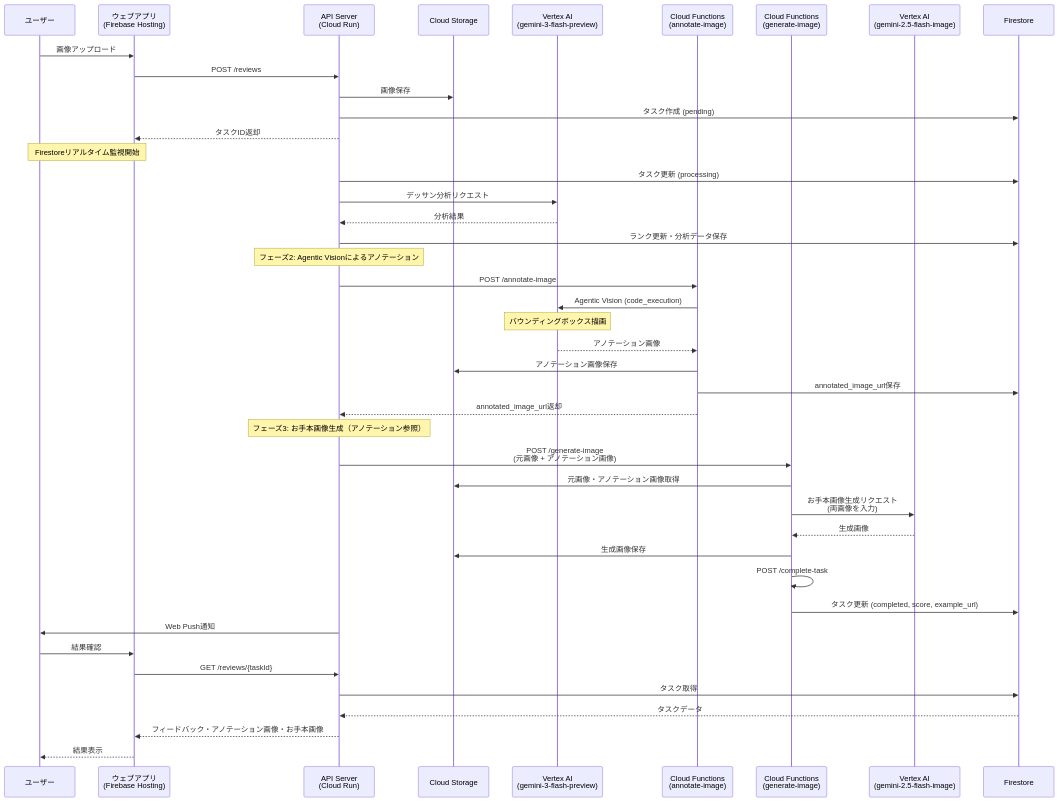
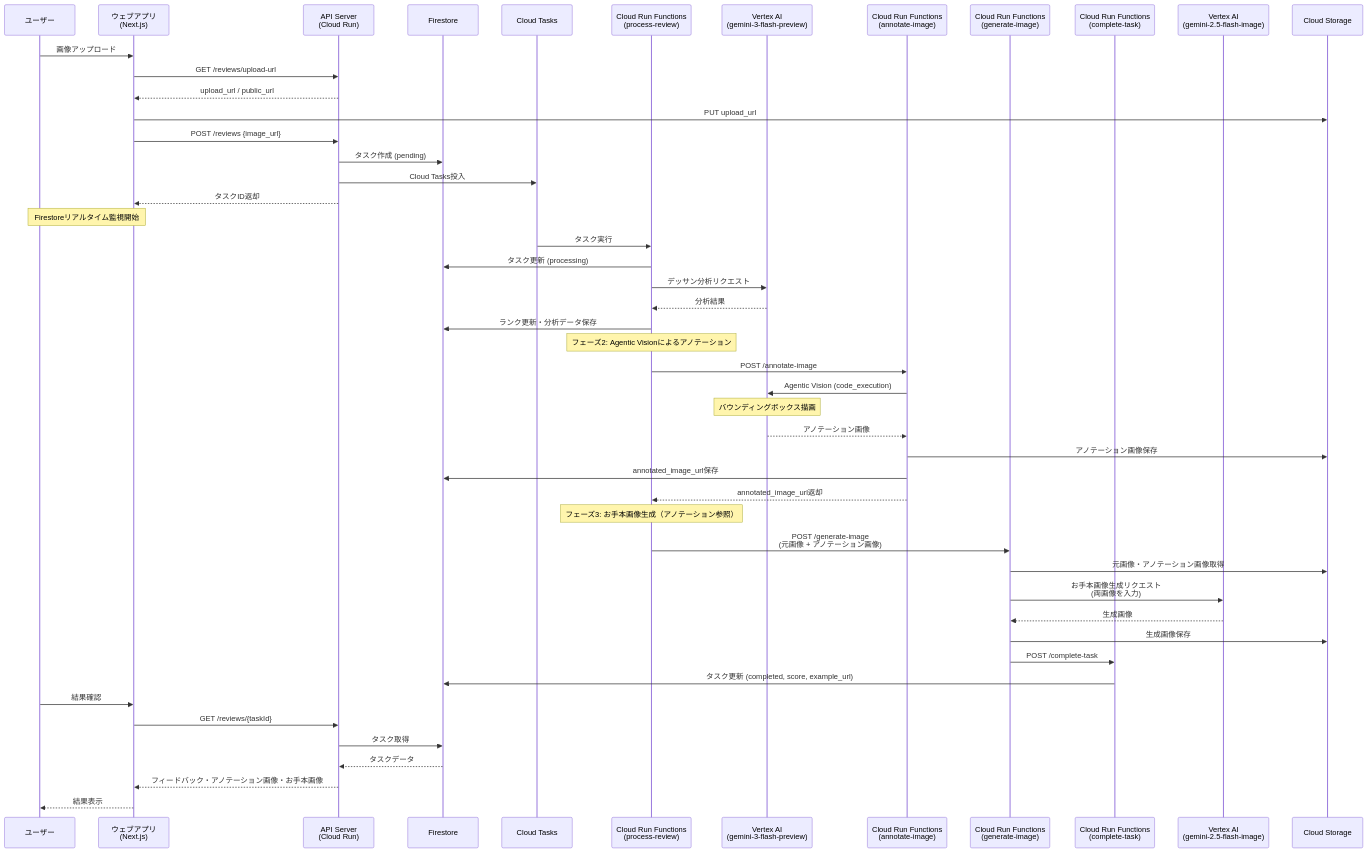
Before and after one commit to nuance-sudo/drawing-practice-agent-gch4: the second of 6 diagrams in docs/functional-design.md, drawn with Mermaid. The commit also changed other lines of this file and 10 other files, not shown here.

````diff
--- a/docs/functional-design.md
+++ b/docs/functional-design.md
@@ -71,52 +71,57 @@
 ```mermaid
 sequenceDiagram
     participant User as ユーザー
-    participant Web as ウェブアプリ<br/>(Firebase Hosting)
+    participant Web as ウェブアプリ<br/>(Next.js)
     participant API as API Server<br/>(Cloud Run)
+    participant DB as Firestore
+    participant Queue as Cloud Tasks
+    participant ProcFunc as Cloud Run Functions<br/>(process-review)
+    participant Gemini as Vertex AI<br/>(gemini-3-flash-preview)
+    participant AnnotateFunc as Cloud Run Functions<br/>(annotate-image)
+    participant GenFunc as Cloud Run Functions<br/>(generate-image)
+    participant CompleteFunc as Cloud Run Functions<br/>(complete-task)
+    participant ImageGen as Vertex AI<br/>(gemini-2.5-flash-image)
     participant GCS as Cloud Storage
-    participant Gemini as Vertex AI<br/>(gemini-3-flash-preview)
-    participant AnnotateFunc as Cloud Functions<br/>(annotate-image)
-    participant GenFunc as Cloud Functions<br/>(generate-image)
-    participant ImageGen as Vertex AI<br/>(gemini-2.5-flash-image)
-    participant DB as Firestore
 
     User->>Web: 画像アップロード
-    Web->>API: POST /reviews
-    API->>GCS: 画像保存
+    Web->>API: GET /reviews/upload-url
+    API-->>Web: upload_url / public_url
+    Web->>GCS: PUT upload_url
+    Web->>API: POST /reviews {image_url}
     API->>DB: タスク作成 (pending)
+    API->>Queue: Cloud Tasks投入
     API-->>Web: タスクID返却
     
     Note over User,Web: Firestoreリアルタイム監視開始
     
-    API->>DB: タスク更新 (processing)
-    API->>Gemini: デッサン分析リクエスト
-    Gemini-->>API: 分析結果
-    API->>DB: ランク更新・分析データ保存
+    Queue->>ProcFunc: タスク実行
+    ProcFunc->>DB: タスク更新 (processing)
+    ProcFunc->>Gemini: デッサン分析リクエスト
+    Gemini-->>ProcFunc: 分析結果
+    ProcFunc->>DB: ランク更新・分析データ保存
     
-    Note over API: フェーズ2: Agentic Visionによるアノテーション
-    API->>AnnotateFunc: POST /annotate-image
+    Note over ProcFunc: フェーズ2: Agentic Visionによるアノテーション
+    ProcFunc->>AnnotateFunc: POST /annotate-image
     AnnotateFunc->>Gemini: Agentic Vision (code_execution)
     Note over Gemini: バウンディングボックス描画
     Gemini-->>AnnotateFunc: アノテーション画像
     AnnotateFunc->>GCS: アノテーション画像保存
     AnnotateFunc->>DB: annotated_image_url保存
-    AnnotateFunc-->>API: annotated_image_url返却
+    AnnotateFunc-->>ProcFunc: annotated_image_url返却
 
-    Note over API: フェーズ3: お手本画像生成（アノテーション参照）
-    API->>GenFunc: POST /generate-image<br/>(元画像 + アノテーション画像)
+    Note over ProcFunc: フェーズ3: お手本画像生成（アノテーション参照）
+    ProcFunc->>GenFunc: POST /generate-image<br/>(元画像 + アノテーション画像)
     GenFunc->>GCS: 元画像・アノテーション画像取得
     GenFunc->>ImageGen: お手本画像生成リクエスト<br/>(両画像を入力)
     ImageGen-->>GenFunc: 生成画像
     GenFunc->>GCS: 生成画像保存
-    GenFunc->>GenFunc: POST /complete-task
-    GenFunc->>DB: タスク更新 (completed, score, example_url)
+    GenFunc->>CompleteFunc: POST /complete-task
+    CompleteFunc->>DB: タスク更新 (completed, score, example_url)
     
-    API->>User: Web Push通知
-
     User->>Web: 結果確認
     Web->>API: GET /reviews/{taskId}
     API->>DB: タスク取得
     DB-->>API: タスクデータ
     API-->>Web: フィードバック・アノテーション画像・お手本画像
     Web-->>User: 結果表示
 ```
````
